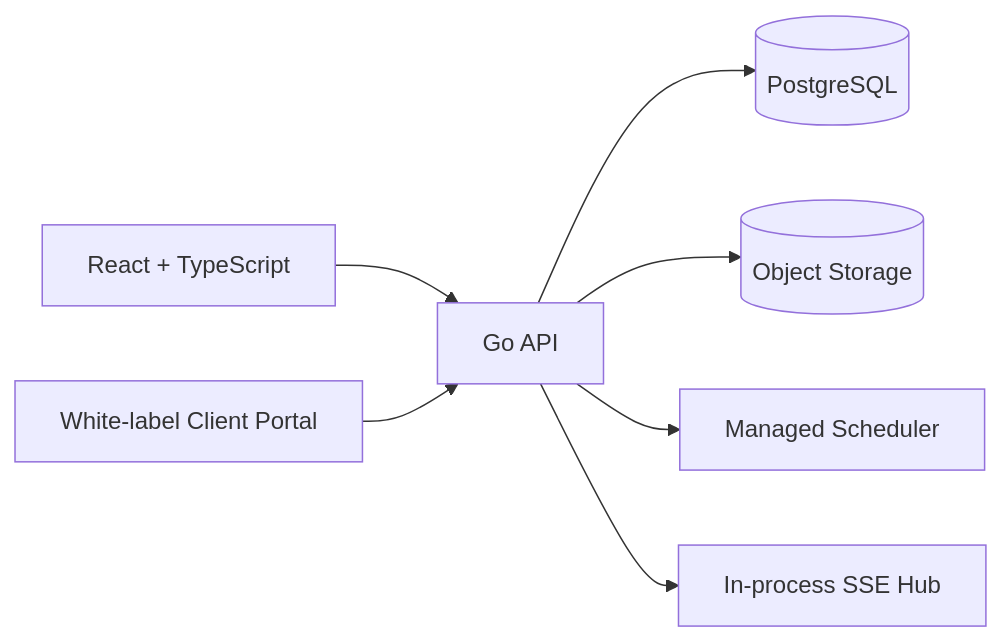
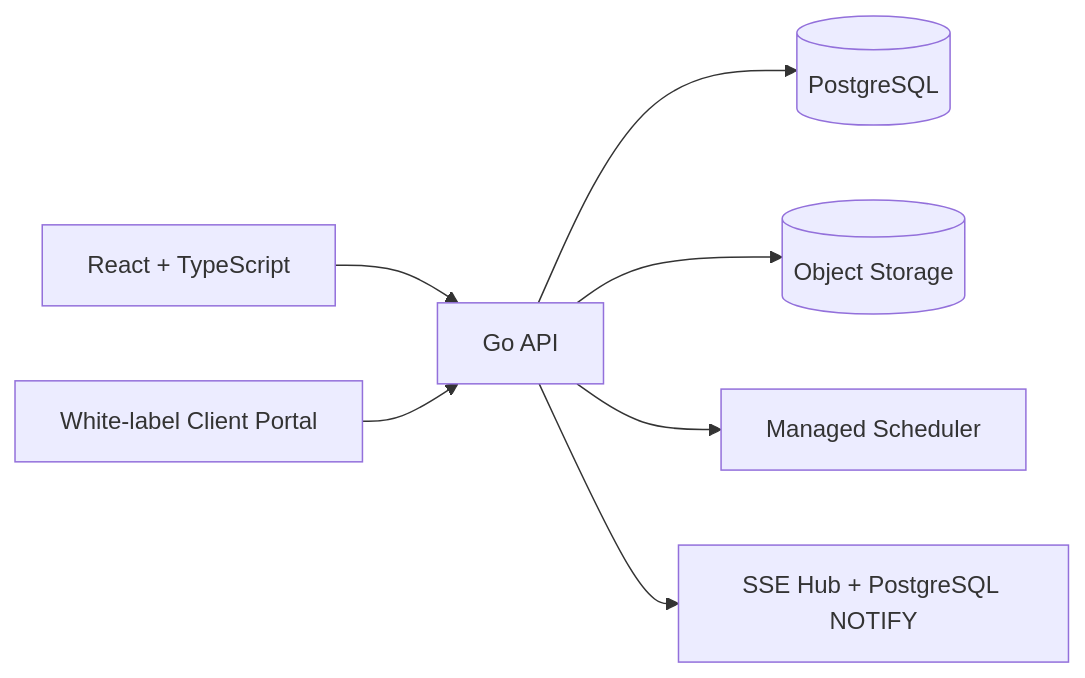
One commit to thiagomontozo/lawoffice-os changed the first of 2 diagrams in README.md. Above: the diagram before and after it, drawn with Mermaid. The commit also changed other lines of this file and 11 other files, not shown here.

````diff
--- a/README.md
+++ b/README.md
@@ -38,9 +38,9 @@
 ```mermaid
 flowchart LR
     React["React + TypeScript"] --> API["Go API"]
     Portal["White-label Client Portal"] --> API
     API --> PG[(PostgreSQL)]
     API --> Storage[(Object Storage)]
     API --> Scheduler["Managed Scheduler"]
-    API --> SSE["In-process SSE Hub"]
+    API --> SSE["SSE Hub + PostgreSQL NOTIFY"]
 ```
````
